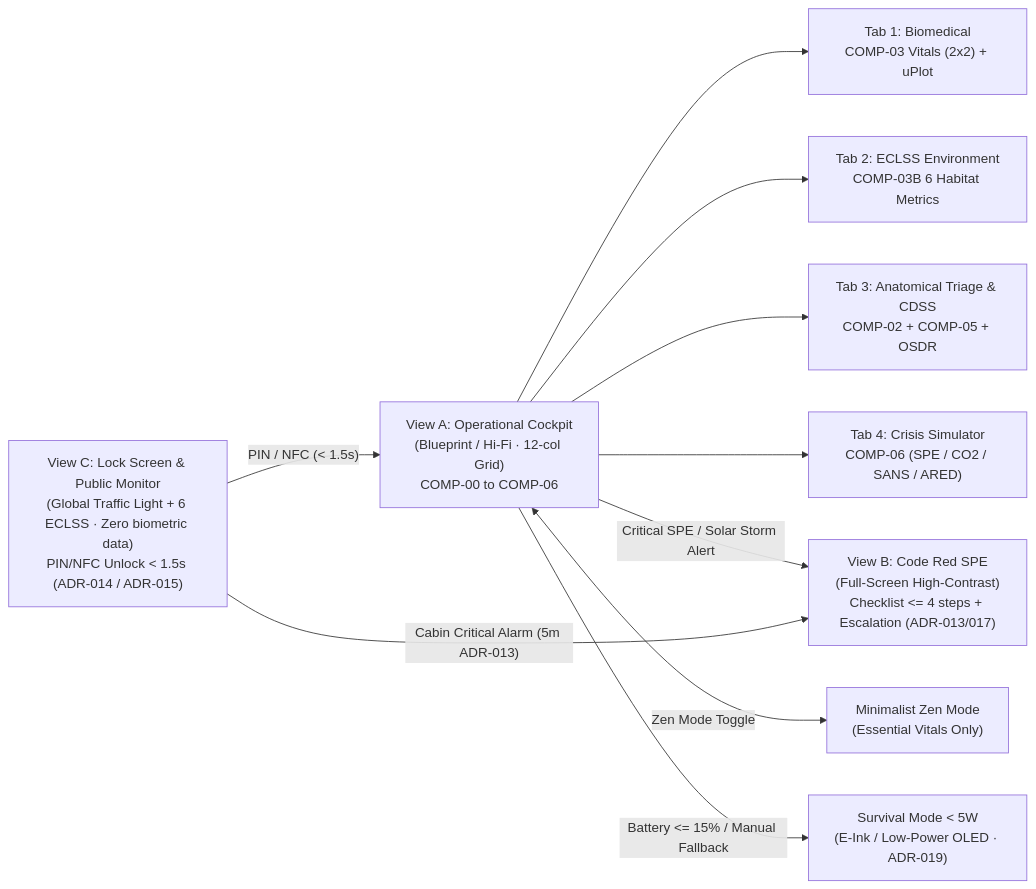
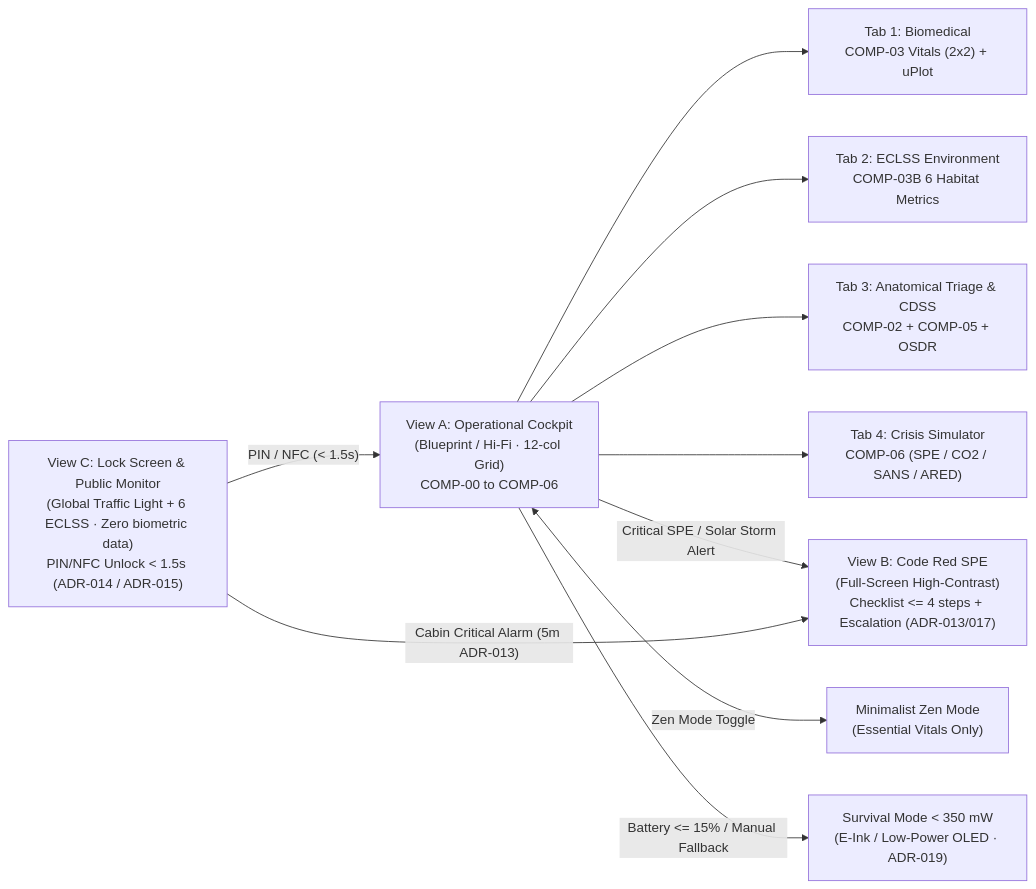
One commit to angelcontres/ASTHA-SpaceApps changed the diagram in docs/Diseno-UI-UX/01-Wireframes-y-Arquitectura-de-Pantalla.md. Above: the diagram before and after it, drawn with Mermaid. The commit also changed other lines of this file and 28 other files, not shown here.

````diff
--- a/docs/Diseno-UI-UX/01-Wireframes-y-Arquitectura-de-Pantalla.md
+++ b/docs/Diseno-UI-UX/01-Wireframes-y-Arquitectura-de-Pantalla.md
@@ -23,22 +23,22 @@
 ```mermaid
 flowchart LR
     LOCK["View C: Lock Screen & Public Monitor<br/>(Global Traffic Light + 6 ECLSS · Zero biometric data)<br/>PIN/NFC Unlock < 1.5s (ADR-014 / ADR-015)"]
     VISTA_A["View A: Operational Cockpit<br/>(Blueprint / Hi-Fi · 12-col Grid)<br/>COMP-00 to COMP-06"]
     T1["Tab 1: Biomedical<br/>COMP-03 Vitals (2x2) + uPlot"]
     T2["Tab 2: ECLSS Environment<br/>COMP-03B 6 Habitat Metrics"]
     T3["Tab 3: Anatomical Triage & CDSS<br/>COMP-02 + COMP-05 + OSDR"]
     T4["Tab 4: Crisis Simulator<br/>COMP-06 (SPE / CO2 / SANS / ARED)"]
     VISTA_B["View B: Code Red SPE<br/>(Full-Screen High-Contrast)<br/>Checklist <= 4 steps + Escalation (ADR-013/017)"]
     ZEN["Minimalist Zen Mode<br/>(Essential Vitals Only)"]
-    SURV["Survival Mode < 5W<br/>(E-Ink / Low-Power OLED · ADR-019)"]
+    SURV["Survival Mode < 350 mW<br/>(E-Ink / Low-Power OLED · ADR-019)"]
 
     LOCK -->|"PIN / NFC (< 1.5s)"| VISTA_A
     VISTA_A --> T1
     VISTA_A --> T2
     VISTA_A --> T3
     VISTA_A --> T4
     VISTA_A -->|"Critical SPE / Solar Storm Alert"| VISTA_B
     LOCK -->|"Cabin Critical Alarm (5m ADR-013)"| VISTA_B
     VISTA_A <-->|"Zen Mode Toggle"| ZEN
     VISTA_A -->|"Battery <= 15% / Manual Fallback"| SURV
 ```
````
